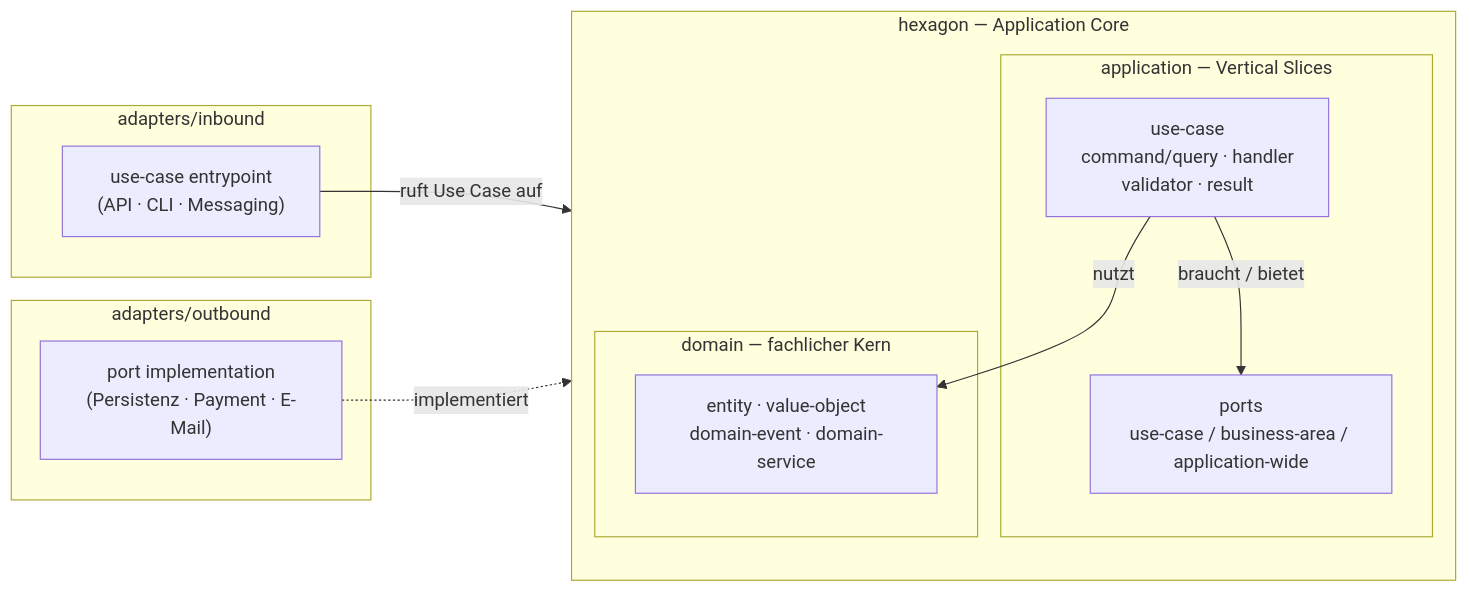
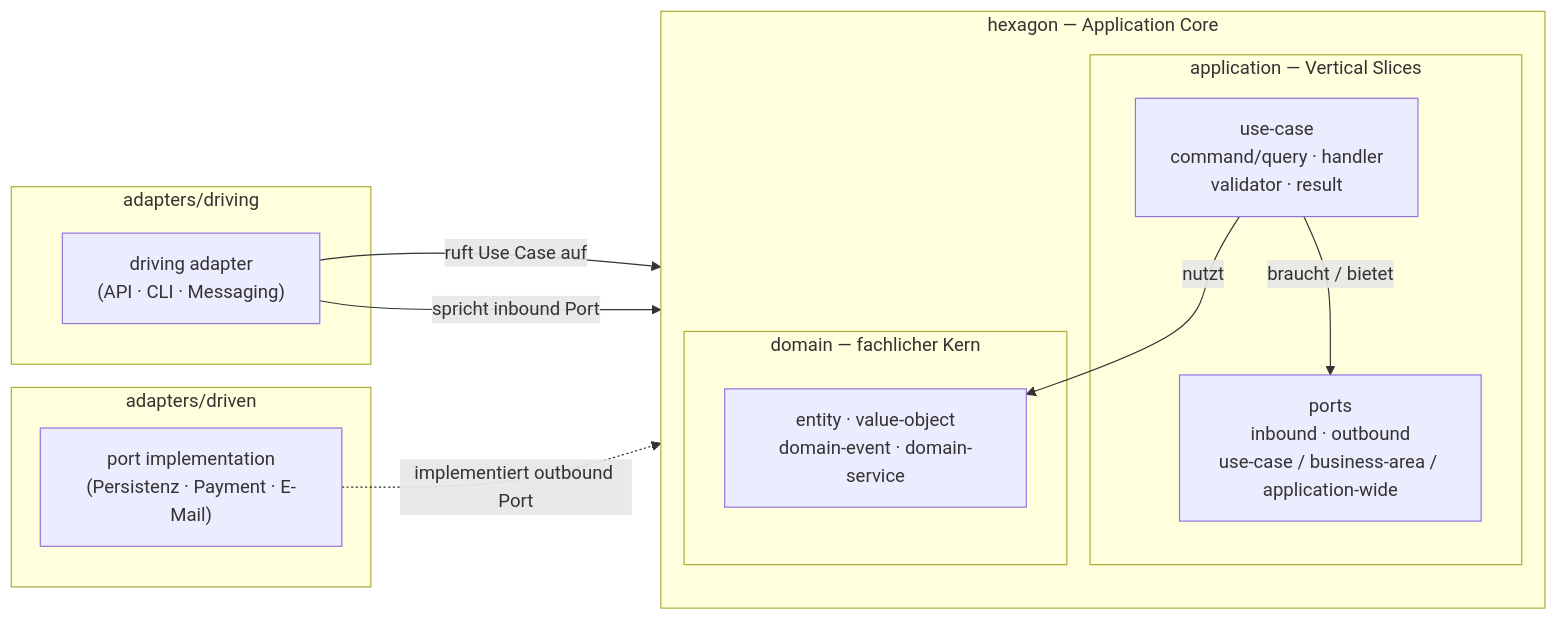
The diagram in docs/architecture/hexslice-architecture.de.md (pt9912/hexslice-architecture), drawn with Mermaid before and after one commit. The commit also changed other lines of this file and 29 other files, not shown here.

First line of the commit message:
refactor(lab): adopt driving/driven adapters and direction-split ports

````diff
--- a/docs/architecture/hexslice-architecture.de.md
+++ b/docs/architecture/hexslice-architecture.de.md
@@ -125,26 +150,27 @@
 ```mermaid
 flowchart LR
-    subgraph ADIN["adapters/inbound"]
-        UEP["use-case entrypoint<br/>(API · CLI · Messaging)"]
+    subgraph ADIN["adapters/driving"]
+        UEP["driving adapter<br/>(API · CLI · Messaging)"]
     end
 
     subgraph HEX["hexagon — Application Core"]
         direction TB
         subgraph APP["application — Vertical Slices"]
             UC["use-case<br/>command/query · handler<br/>validator · result"]
-            PORTS["ports<br/>use-case / business-area / application-wide"]
+            PORTS["ports<br/>inbound · outbound<br/>use-case / business-area / application-wide"]
         end
         subgraph DOM["domain — fachlicher Kern"]
             ENT["entity · value-object<br/>domain-event · domain-service"]
         end
     end
 
-    subgraph ADOUT["adapters/outbound"]
+    subgraph ADOUT["adapters/driven"]
         IMPL["port implementation<br/>(Persistenz · Payment · E-Mail)"]
     end
 
     UEP -->|ruft Use Case auf| UC
+    UEP -->|spricht inbound Port| PORTS
     UC -->|nutzt| ENT
     UC -->|braucht / bietet| PORTS
-    IMPL -.->|implementiert| PORTS
+    IMPL -.->|implementiert outbound Port| PORTS
 ```
````
